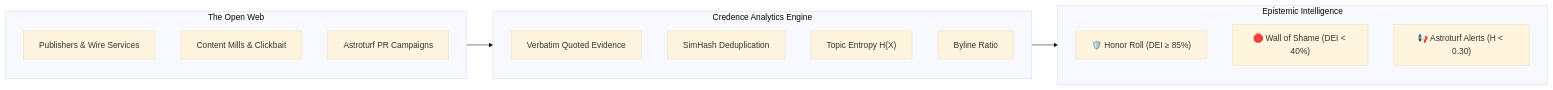
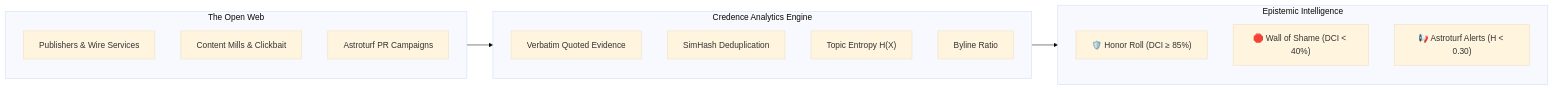
The diagram in blog/the-domain-epistemic-index.md (artibyrd/credence-docs), drawn with Mermaid (base theme) before and after one commit. The commit also changed other lines of this file and 16 other files, not shown here.

Commit message:
docs: release v2.0.0 with modular architecture blueprints, DCI lexicon, and migration guide

````diff
--- a/blog/the-domain-epistemic-index.md
+++ b/blog/the-domain-epistemic-index.md
@@ -18,23 +18,23 @@
 ```mermaid
 flowchart LR
     subgraph Web["The Open Web"]
         P1["Publishers &amp; Wire Services"]
         P2["Content Mills &amp; Clickbait"]
         P3["Astroturf PR Campaigns"]
     end
 
     subgraph Engine["Credence Analytics Engine"]
         E1["Verbatim Quoted Evidence"]
         E2["SimHash Deduplication"]
         E3["Topic Entropy H(X)"]
         E4["Byline Ratio"]
     end
 
     subgraph Output["Epistemic Intelligence"]
-        O1["🛡️ Honor Roll (DEI &ge; 85%)"]
-        O2["🛑 Wall of Shame (DEI &lt; 40%)"]
+        O1["🛡️ Honor Roll (DCI &ge; 85%)"]
+        O2["🛑 Wall of Shame (DCI &lt; 40%)"]
         O3["📢 Astroturf Alerts (H &lt; 0.30)"]
     end
 
     Web --> Engine --> Output
 ```
````
